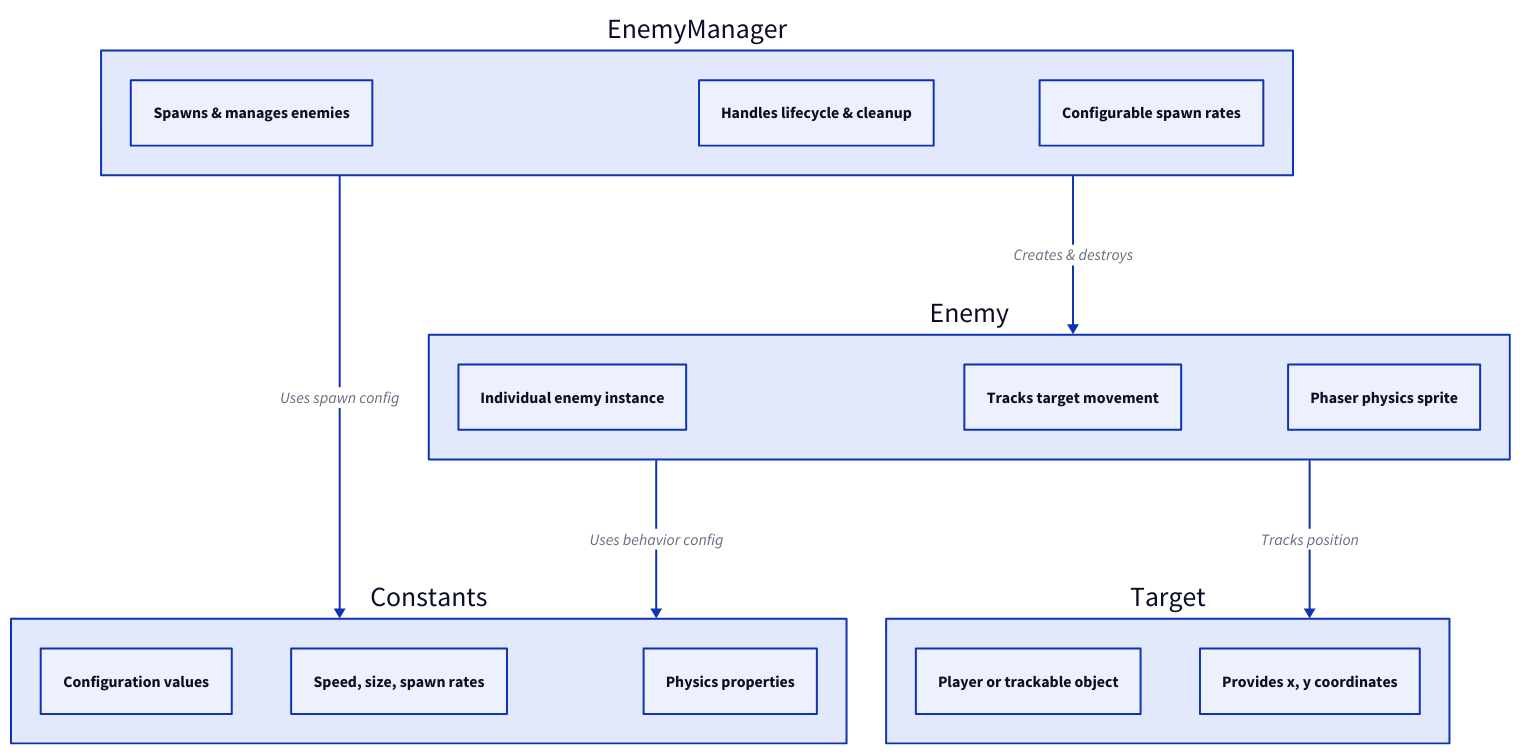
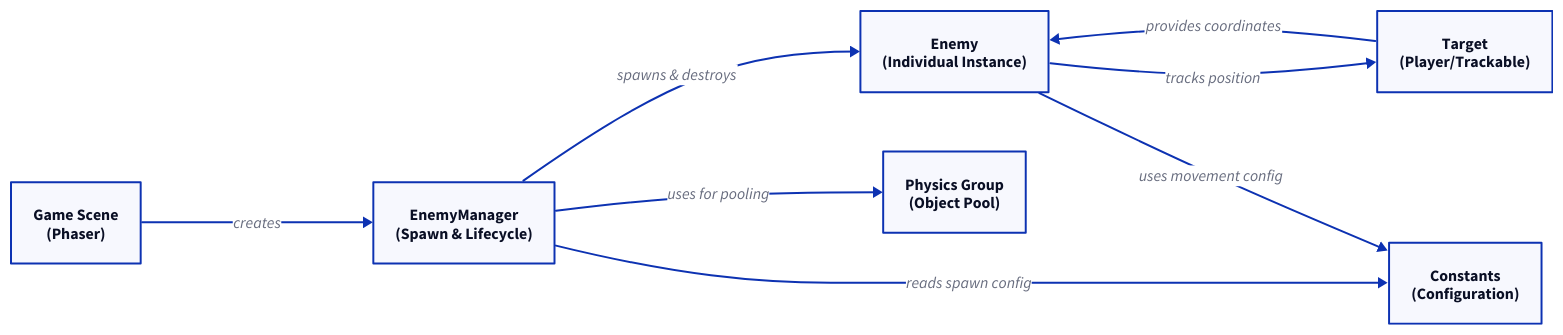
Before and after one commit to DevTK0/jump-story-mvp: the diagram in docs/content/docs/enemy/enemy.md, drawn with D2. The commit also changed other lines of this file and 2 other files, not shown here.

````diff
--- a/docs/content/docs/enemy/enemy.md
+++ b/docs/content/docs/enemy/enemy.md
@@ -5,33 +5,40 @@
 ```d2
+direction: right
+
 EnemyManager: {
-  shape: rectangle
-  "Spawns & manages enemies"
-  "Handles lifecycle & cleanup"
-  "Configurable spawn rates"
+  label: "EnemyManager\n(Spawn & Lifecycle)"
 }
 
 Enemy: {
-  shape: rectangle
-  "Individual enemy instance"
-  "Tracks target movement"
-  "Phaser physics sprite"
+  label: "Enemy\n(Individual Instance)"
 }
 
 Constants: {
-  shape: rectangle
-  "Configuration values"
-  "Speed, size, spawn rates"
-  "Physics properties"
+  label: "Constants\n(Configuration)"
 }
 
 Target: {
-  shape: rectangle
-  "Player or trackable object"
-  "Provides x, y coordinates"
+  label: "Target\n(Player/Trackable)"
 }
 
-EnemyManager -> Enemy: "Creates & destroys"
-Enemy -> Target: "Tracks position"
-EnemyManager -> Constants: "Uses spawn config"
-Enemy -> Constants: "Uses behavior config"
+GameScene: {
+  label: "Game Scene\n(Phaser)"
+}
+
+PhysicsGroup: {
+  label: "Physics Group\n(Object Pool)"
+}
+
+# Management Flow
+GameScene -> EnemyManager: creates
+EnemyManager -> PhysicsGroup: uses for pooling
+EnemyManager -> Enemy: spawns & destroys
+EnemyManager -> Constants: reads spawn config
+
+# Enemy Behavior
+Enemy -> Target: tracks position
+Enemy -> Constants: uses movement config
+
+# Targeting
+Target -> Enemy: provides coordinates
 ```
````
